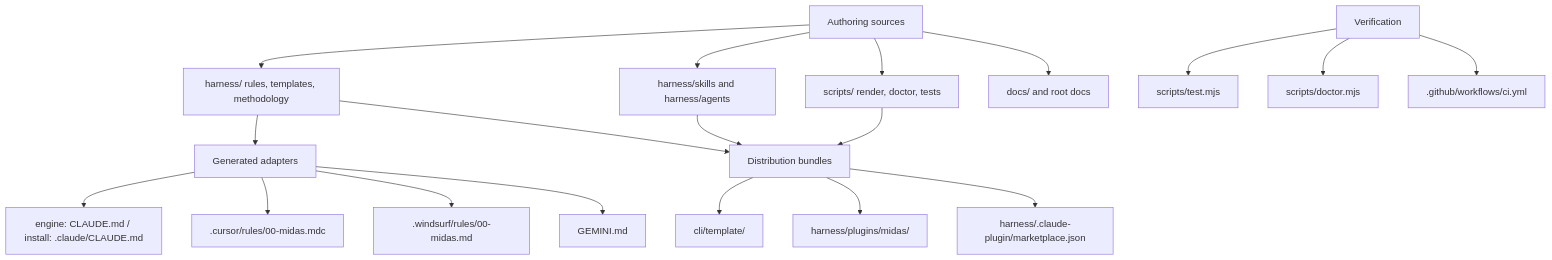
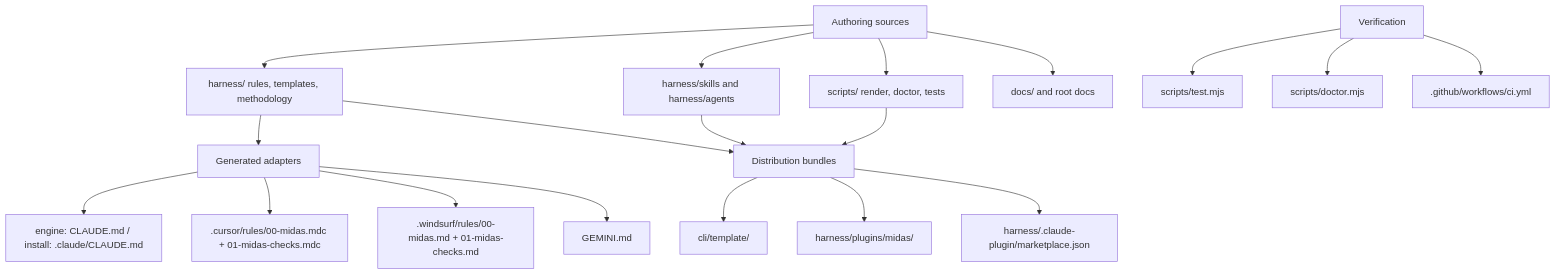
One commit to okuzpe/midas-harness changed the first of 2 diagrams in docs/repository-architecture.md. Above: the diagram before and after it, drawn with Mermaid. The commit also changed other lines of this file and 202 other files, not shown here.

````diff
--- a/docs/repository-architecture.md
+++ b/docs/repository-architecture.md
@@ -17,47 +17,47 @@
 ```mermaid
 flowchart TD
   Sources["Authoring sources"]
   Harness["harness/ rules, templates, methodology"]
   Skills["harness/skills and harness/agents"]
   Scripts["scripts/ render, doctor, tests"]
   Docs["docs/ and root docs"]
 
   Adapters["Generated adapters"]
   ClaudeMd["engine: CLAUDE.md / install: .claude/CLAUDE.md"]
-  CursorRule[".cursor/rules/00-midas.mdc"]
-  WindsurfRule[".windsurf/rules/00-midas.md"]
+  CursorRule[".cursor/rules/00-midas.mdc + 01-midas-checks.mdc"]
+  WindsurfRule[".windsurf/rules/00-midas.md + 01-midas-checks.md"]
   Gemini["GEMINI.md"]
 
   Bundles["Distribution bundles"]
   CreateTemplate["cli/template/"]
   PluginTree["harness/plugins/midas/"]
   MarketplaceCatalog["harness/.claude-plugin/marketplace.json"]
 
   Checks["Verification"]
   TestScript["scripts/test.mjs"]
   Doctor["scripts/doctor.mjs"]
   CI[".github/workflows/ci.yml"]
 
   Sources --> Harness
   Sources --> Skills
   Sources --> Scripts
   Sources --> Docs
 
   Harness --> Adapters
   Skills --> Bundles
   Harness --> Bundles
   Scripts --> Bundles
 
   Adapters --> ClaudeMd
   Adapters --> CursorRule
   Adapters --> WindsurfRule
   Adapters --> Gemini
 
   Bundles --> CreateTemplate
   Bundles --> PluginTree
   Bundles --> MarketplaceCatalog
 
   Checks --> TestScript
   Checks --> Doctor
   Checks --> CI
 ```
````
